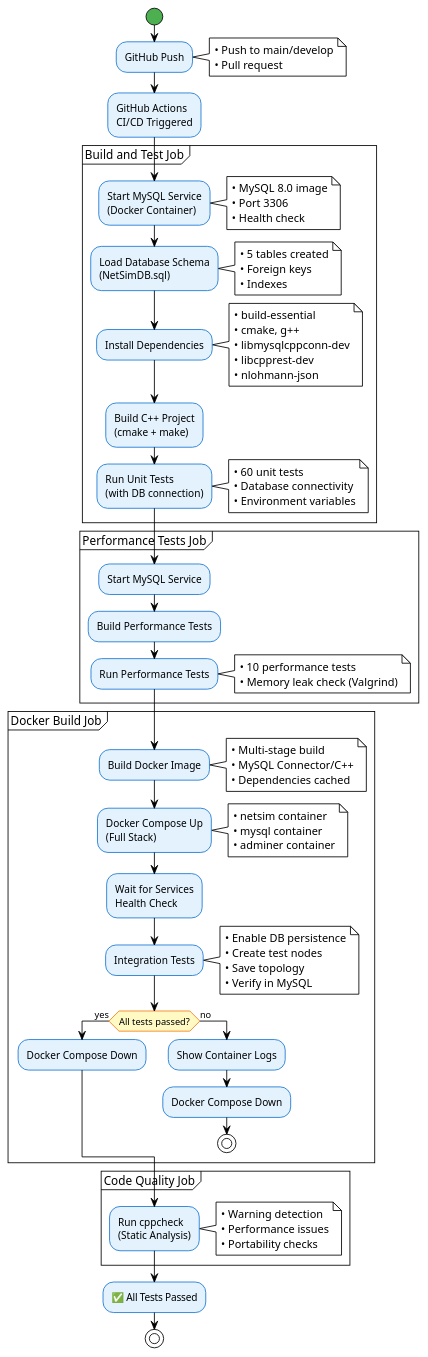
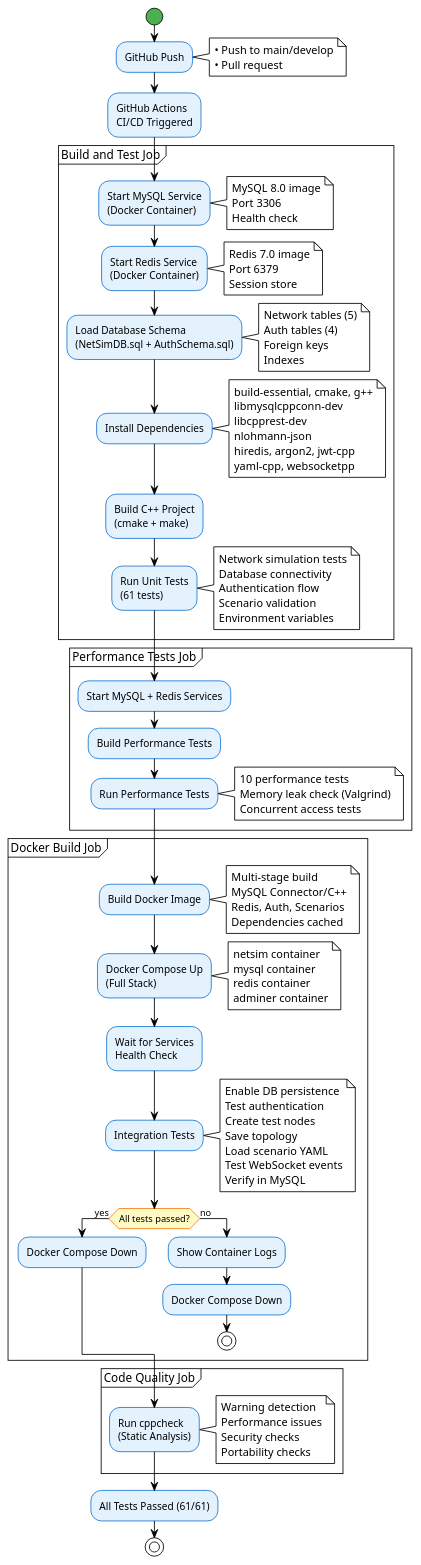
The diagram in docs/cicd_pipeline.puml (UmarlyPoeta/inzynieria_oprogramowania), drawn with PlantUML before and after one commit. The commit also changed 17 other files, not shown here.

First line of the commit message:
Add detailed UML diagrams for authentication flow, production deployment, scenario system, and WebSocket communication

```diff
--- a/docs/cicd_pipeline.puml
+++ b/docs/cicd_pipeline.puml
@@ -1,116 +1,134 @@
 @startuml cicd_pipeline
 !theme plain
 skinparam activity {
   BackgroundColor #E3F2FD
   BorderColor #1976D2
   FontColor #000000
   DiamondBackgroundColor #FFF9C4
   DiamondBorderColor #F57F17
   StartColor #4CAF50
   EndColor #4CAF50
 }
 
 start
 
 :GitHub Push;
 note right
   • Push to main/develop
   • Pull request
 end note
 
 :GitHub Actions\nCI/CD Triggered;
 
 partition "Build and Test Job" {
   :Start MySQL Service\n(Docker Container);
   note right
-    • MySQL 8.0 image
-    • Port 3306
-    • Health check
+    MySQL 8.0 image
+    Port 3306
+    Health check
   end note
   
-  :Load Database Schema\n(NetSimDB.sql);
+  :Start Redis Service\n(Docker Container);
   note right
-    • 5 tables created
-    • Foreign keys
-    • Indexes
+    Redis 7.0 image
+    Port 6379
+    Session store
+  end note
+  
+  :Load Database Schema\n(NetSimDB.sql + AuthSchema.sql);
+  note right
+    Network tables (5)
+    Auth tables (4)
+    Foreign keys
+    Indexes
   end note
   
   :Install Dependencies;
   note right
-    • build-essential
-    • cmake, g++
-    • libmysqlcppconn-dev
-    • libcpprest-dev
-    • nlohmann-json
+    build-essential, cmake, g++
+    libmysqlcppconn-dev
+    libcpprest-dev
+    nlohmann-json
+    hiredis, argon2, jwt-cpp
+    yaml-cpp, websocketpp
   end note
   
   :Build C++ Project\n(cmake + make);
   
-  :Run Unit Tests\n(with DB connection);
+  :Run Unit Tests\n(61 tests);
   note right
-    • 60 unit tests
-    • Database connectivity
-    • Environment variables
+    Network simulation tests
+    Database connectivity
+    Authentication flow
+    Scenario validation
+    Environment variables
   end note
 }
 
 partition "Performance Tests Job" {
-  :Start MySQL Service;
+  :Start MySQL + Redis Services;
   
   :Build Performance Tests;
   
   :Run Performance Tests;
   note right
-    • 10 performance tests
-    • Memory leak check (Valgrind)
+    10 performance tests
+    Memory leak check (Valgrind)
+    Concurrent access tests
   end note
 }
 
 partition "Docker Build Job" {
   :Build Docker Image;
   note right
-    • Multi-stage build
-    • MySQL Connector/C++
-    • Dependencies cached
+    Multi-stage build
+    MySQL Connector/C++
+    Redis, Auth, Scenarios
+    Dependencies cached
   end note
   
   :Docker Compose Up\n(Full Stack);
   note right
-    • netsim container
-    • mysql container
-    • adminer container
+    netsim container
+    mysql container
+    redis container
+    adminer container
   end note
   
   :Wait for Services\nHealth Check;
   
   :Integration Tests;
   note right
-    • Enable DB persistence
-    • Create test nodes
-    • Save topology
-    • Verify in MySQL
+    Enable DB persistence
+    Test authentication
+    Create test nodes
+    Save topology
+    Load scenario YAML
+    Test WebSocket events
+    Verify in MySQL
   end note
   
   if (All tests passed?) then (yes)
     :Docker Compose Down;
   else (no)
     :Show Container Logs;
     :Docker Compose Down;
     stop
   endif
 }
 
 partition "Code Quality Job" {
   :Run cppcheck\n(Static Analysis);
   note right
-    • Warning detection
-    • Performance issues
-    • Portability checks
+    Warning detection
+    Performance issues
+    Security checks
+    Portability checks
   end note
 }
 
-:✅ All Tests Passed;
+:All Tests Passed (61/61);
 
 stop
 
 @enduml
```
